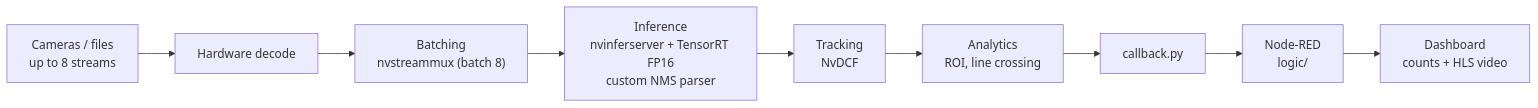
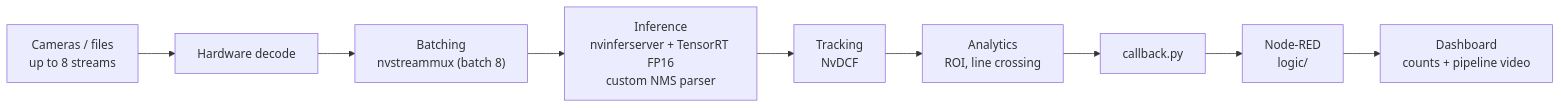
Before and after one commit to edge-ai/AIPV1EMI0001: the first of 2 diagrams in README.md, drawn with Mermaid. The commit also changed other lines of this file and 17 other files, not shown here.

Commit message:
Automatically select dashboard video output

````diff
--- a/README.md
+++ b/README.md
@@ -71,11 +71,11 @@
 ```mermaid
 flowchart LR
     SRC["Cameras / files<br/>up to 8 streams"] --> DEC["Hardware decode"]
     DEC --> MUX["Batching<br/>nvstreammux (batch 8)"]
     MUX --> INF["Inference<br/>nvinferserver + TensorRT FP16<br/>custom NMS parser"]
     INF --> TRK["Tracking<br/>NvDCF"]
     TRK --> ANA["Analytics<br/>ROI, line crossing"]
     ANA --> CB["callback.py"]
     CB --> NR["Node-RED<br/>logic/"]
-    NR --> UI["Dashboard<br/>counts + HLS video"]
+    NR --> UI["Dashboard<br/>counts + pipeline video"]
 ```
````
